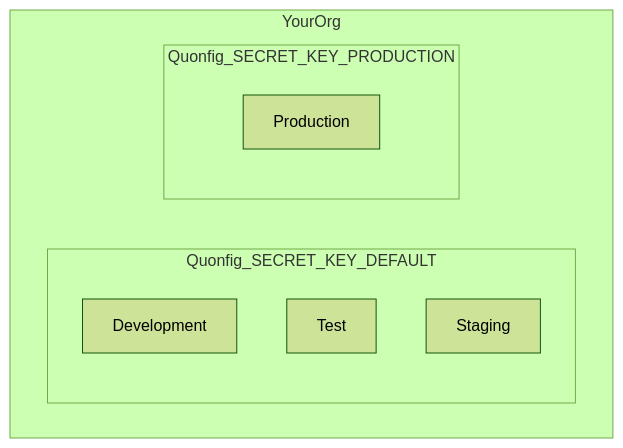
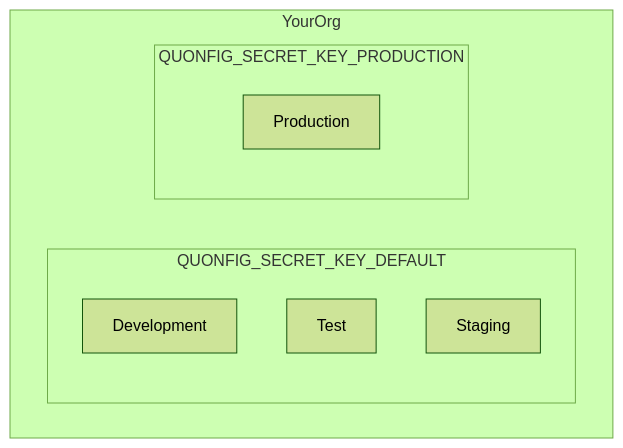
One commit to quonfig/docs changed the second of 3 diagrams in docs/explanations/features/secret-management.md. Above: the diagram before and after it, drawn with Mermaid (forest theme). The commit also changed other lines of this file, not shown here.

````diff
--- a/docs/explanations/features/secret-management.md
+++ b/docs/explanations/features/secret-management.md
@@ -146,14 +146,14 @@
 ```mermaid
 graph
   subgraph YourOrg
-    subgraph Quonfig_SECRET_KEY_DEFAULT
+    subgraph QUONFIG_SECRET_KEY_DEFAULT
       Development
       Test
       Staging
     end
-    subgraph Quonfig_SECRET_KEY_PRODUCTION
+    subgraph QUONFIG_SECRET_KEY_PRODUCTION
       Production
     end
-   
+
   end
 ```
````
